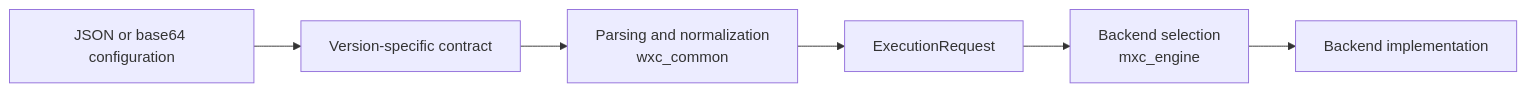
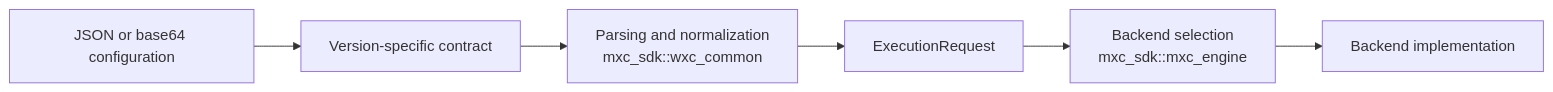
Before and after one commit to jacobdereje-msft/mxc: the first of 2 diagrams in docs/architecture.md, drawn with Mermaid. The commit also changed other lines of this file and 1158 other files, not shown here.

````diff
--- a/docs/architecture.md
+++ b/docs/architecture.md
@@ -66,11 +59,11 @@
 ```mermaid
 flowchart LR
     config["JSON or base64 configuration"]
     contract["Version-specific contract"]
-    common["Parsing and normalization<br/>wxc_common"]
+    common["Parsing and normalization<br/>mxc_sdk::wxc_common"]
     request["ExecutionRequest"]
-    engine["Backend selection<br/>mxc_engine"]
+    engine["Backend selection<br/>mxc_sdk::mxc_engine"]
     backend["Backend implementation"]
 
     config --> contract --> common --> request --> engine --> backend
 ```
````
